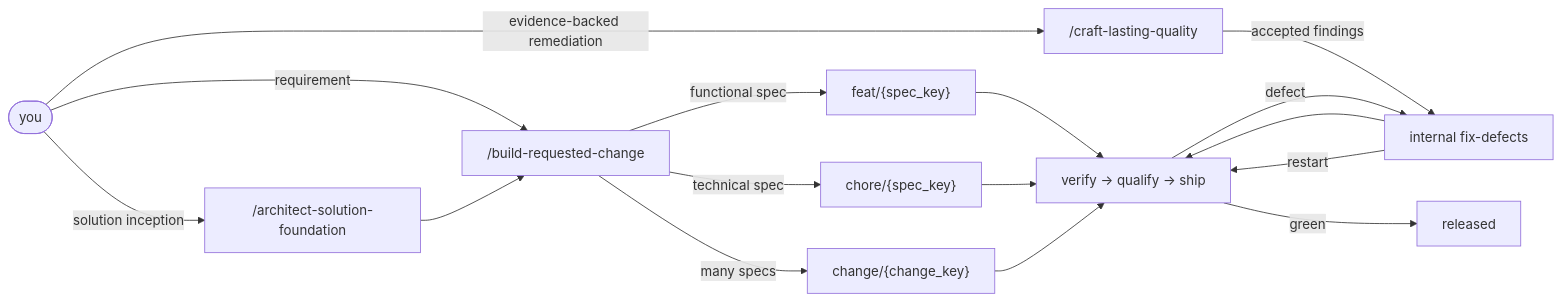
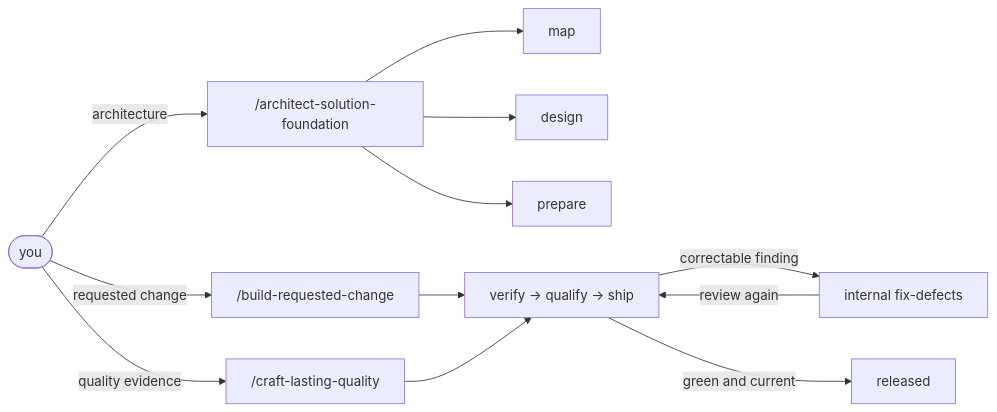
Before and after one commit to AIDDbot/AIDDbot: the diagram in docs/AIDD.workflow.md, drawn with Mermaid. The commit also changed other lines of this file and 4 other files, not shown here.

````diff
--- a/docs/AIDD.workflow.md
+++ b/docs/AIDD.workflow.md
@@ -27,18 +29,14 @@
 ```mermaid
 flowchart LR
-  YOU([you]) -->|solution inception| ESTABLISH["/architect-solution-foundation"]
-  YOU -->|requirement| DELIVER["/build-requested-change"]
-  YOU -->|evidence-backed remediation| IMPROVE["/craft-lasting-quality"]
-  ESTABLISH --> DELIVER
-  IMPROVE -->|accepted findings| FIX["fix/{fix_key}"]
-  DELIVER -->|functional spec| FEAT["feat/{spec_key}"]
-  DELIVER -->|technical spec| CHORE["chore/{spec_key}"]
-  DELIVER -->|many specs| CHANGE["change/{change_key}"]
-  FEAT --> REVIEW["verify → qualify → ship"]
-  CHORE --> REVIEW
-  CHANGE --> REVIEW
-  FIX --> REVIEW
-  REVIEW -->|defect| FIX["internal fix-defects"]
-  FIX -->|restart| REVIEW
-  REVIEW -->|green| RELEASED[released]
+  YOU([you]) -->|architecture| ARCH["/architect-solution-foundation"]
+  YOU -->|requested change| BUILD["/build-requested-change"]
+  YOU -->|quality evidence| CRAFT["/craft-lasting-quality"]
+  ARCH --> MAP["map"]
+  ARCH --> DESIGN["design"]
+  ARCH --> PREPARE["prepare"]
+  BUILD --> PROOF["verify → qualify → ship"]
+  CRAFT --> PROOF
+  PROOF -->|correctable finding| REPAIR["internal fix-defects"]
+  REPAIR -->|review again| PROOF
+  PROOF -->|green and current| RELEASED[released]
 ```
````
